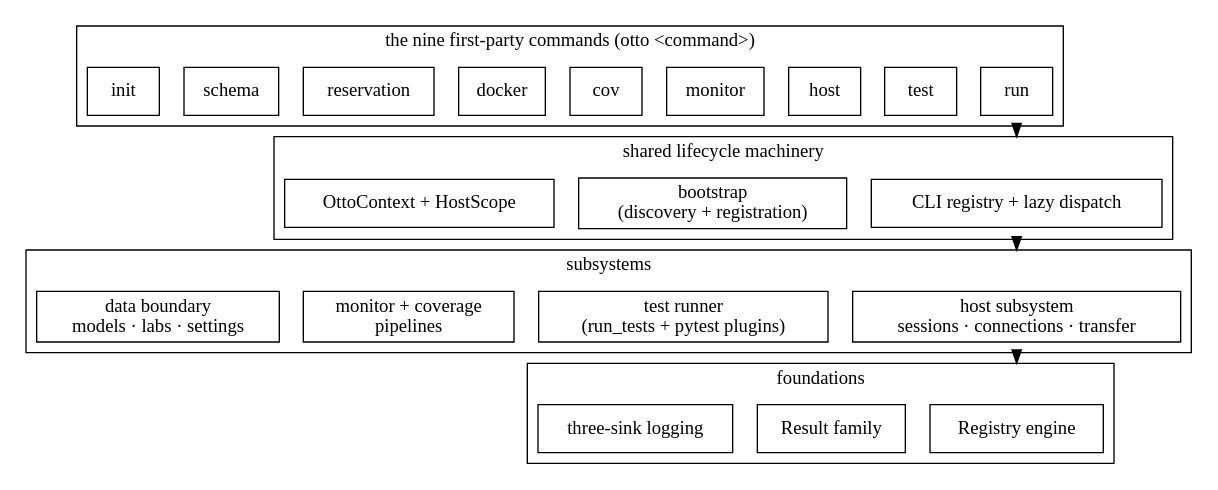
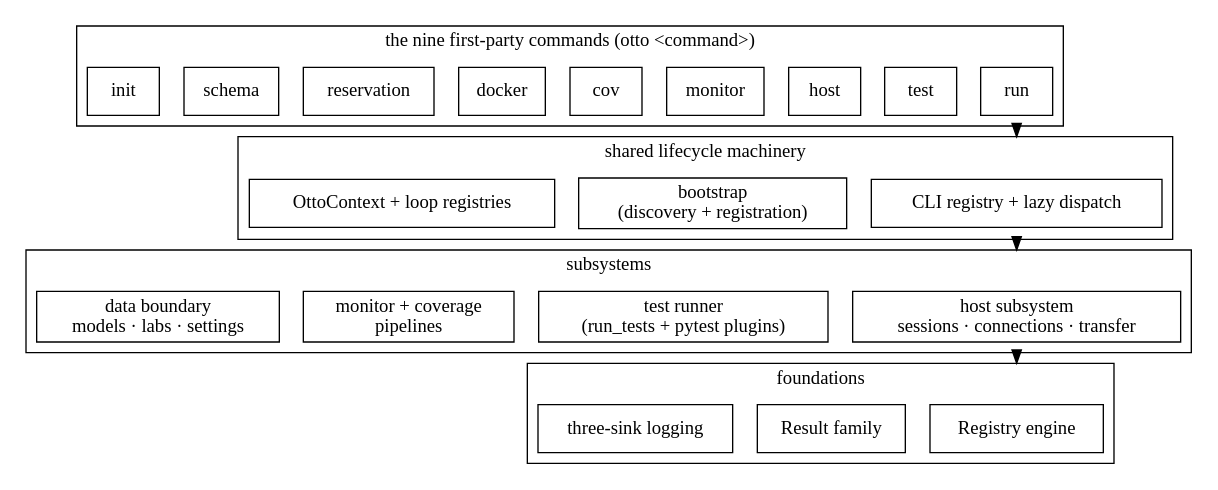
The diagram in docs/architecture/overview.md (ludachrish3/otto-sh), drawn with Graphviz before and after one commit. The commit also changed 153 other files, not shown here.

````diff
--- a/docs/architecture/overview.md
+++ b/docs/architecture/overview.md
@@ -31,38 +31,38 @@
 ```{graphviz}
 digraph bigpicture {
     rankdir=TB;
     node [shape=box];
     compound=true;
 
     subgraph cluster_commands {
         label="the nine first-party commands (otto <command>)";
         run; test; host; monitor; cov; docker; reservation; schema; init;
     }
 
     subgraph cluster_shared {
         label="shared lifecycle machinery";
         cli [label="CLI registry + lazy dispatch"];
         boot [label="bootstrap\n(discovery + registration)"];
-        ctx [label="OttoContext + HostScope"];
+        ctx [label="OttoContext + loop registries"];
     }
 
     subgraph cluster_subsystems {
         label="subsystems";
         hosts [label="host subsystem\nsessions · connections · transfer"];
         tests [label="test runner\n(run_tests + pytest plugins)"];
         observers [label="monitor + coverage\npipelines"];
         data [label="data boundary\nmodels · labs · settings"];
     }
 
     subgraph cluster_foundation {
         label="foundations";
         registry [label="Registry engine"];
         result [label="Result family"];
         logging [label="three-sink logging"];
     }
 
     run -> cli [ltail=cluster_commands, lhead=cluster_shared];
     cli -> hosts [ltail=cluster_shared, lhead=cluster_subsystems];
     hosts -> registry [ltail=cluster_subsystems, lhead=cluster_foundation];
 }
 ```
````
